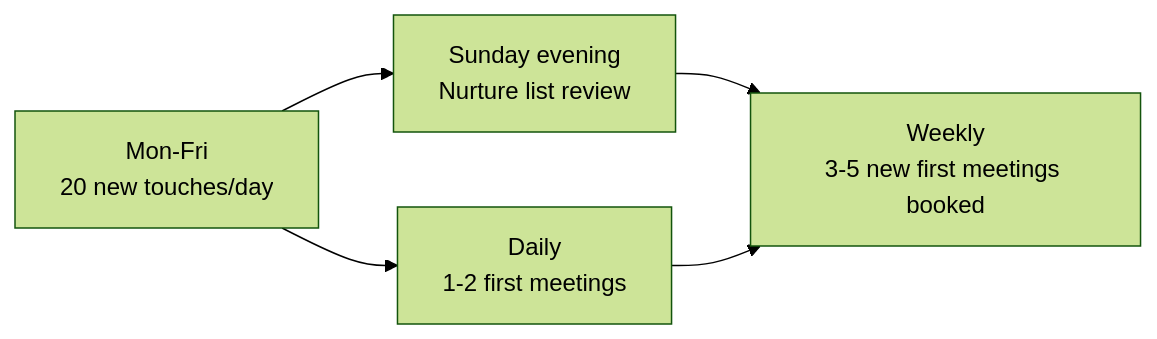
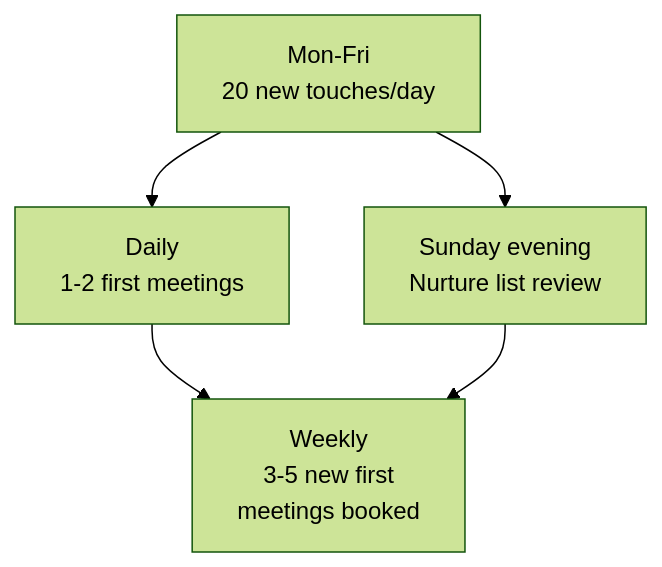
The third of 4 diagrams in docs/first-60-days/week-7/day-37.md (leotansingapore/aia-product-compass-hub), drawn with Mermaid (forest theme) before and after one commit. The commit also changed other lines of this file and 56 other files, not shown here.

Commit message:
Readability pass across first-60-days: styled HTML to tables/diagrams, cleaner formatting, no leaked metadata

````diff
--- a/docs/first-60-days/week-7/day-37.md
+++ b/docs/first-60-days/week-7/day-37.md
@@ -432,11 +437,8 @@
 ```mermaid
-flowchart LR
+flowchart TD
     A["Mon-Fri<br/>20 new touches/day"]
-    B["Daily<br/>1-2 first meetings"]
-    C["Sunday evening<br/>Nurture list review"]
-    D["Weekly<br/>3-5 new first meetings booked"]
-    A --> B
-    A --> C
+    A --> B["Daily<br/>1-2 first meetings"]
+    A --> C["Sunday evening<br/>Nurture list review"]
+    B --> D["Weekly<br/>3-5 new first<br/>meetings booked"]
     C --> D
-    B --> D
 ```
````
